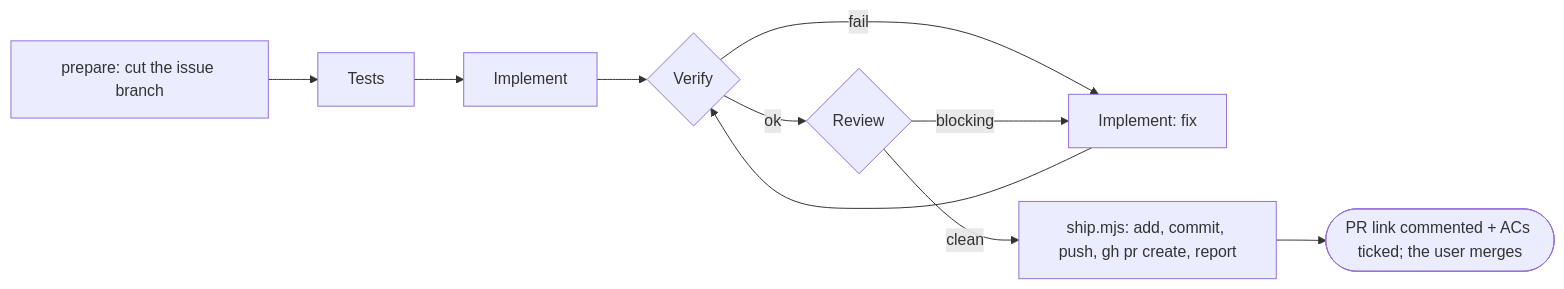
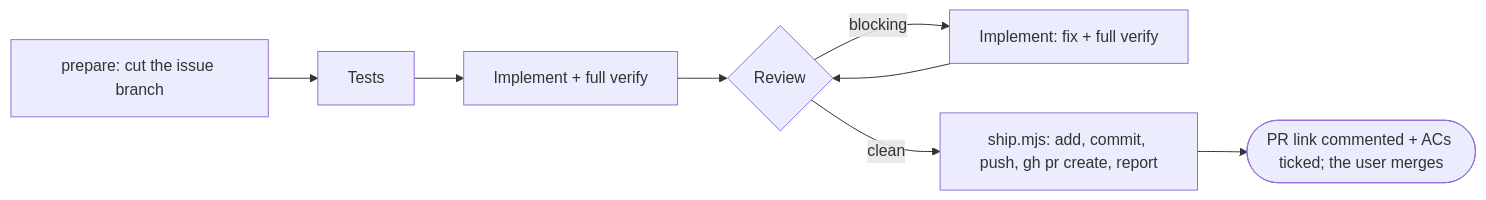
The diagram in skarbiec-plan/workflow.md (Maliniak93/FinMel), drawn with Mermaid before and after one commit. The commit also changed other lines of this file and 14 other files, not shown here.

Commit message:
build flow modify (#219)

````diff
--- a/skarbiec-plan/workflow.md
+++ b/skarbiec-plan/workflow.md
@@ -36,10 +35,8 @@
 ```mermaid
 flowchart LR
     B[prepare: cut the issue branch] --> T[Tests]
-    T --> I[Implement] --> V{Verify}
-    V -- fail --> IF[Implement: fix] --> V
-    V -- ok --> R{Review}
-    R -- blocking --> IF
+    T --> I[Implement + full verify] --> R{Review}
+    R -- blocking --> IF[Implement: fix + full verify] --> R
     R -- clean --> S[ship.mjs: add, commit, push, gh pr create, report]
     S --> Done([PR link commented + ACs ticked; the user merges])
 ```
````
